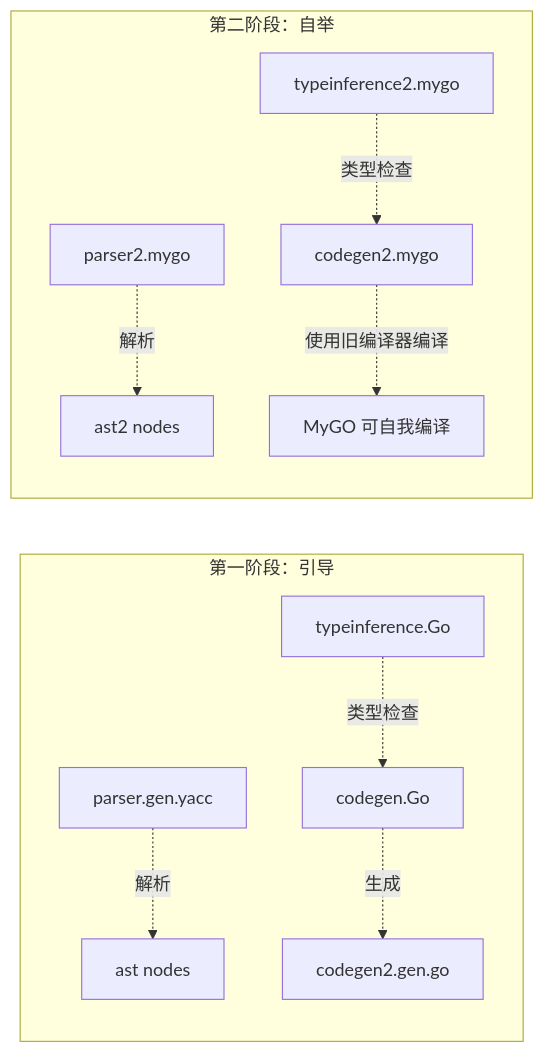
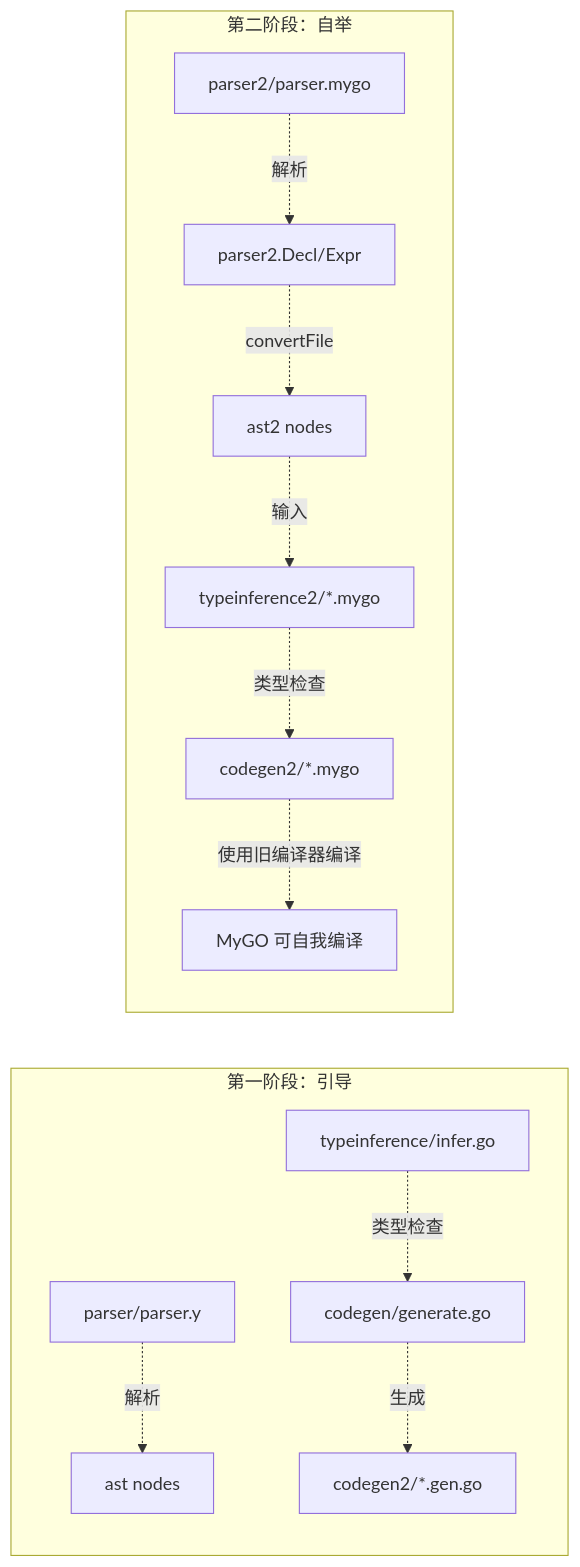
Before and after one commit to mygo-lang/mygo: the second of 2 diagrams in plans/self-host-analysis-detailed.md, drawn with Mermaid. The commit also changed other lines of this file and 13 other files, not shown here.

Commit message:
refactor(ast2, parser2): remove duplicated ASTs in parser2

````diff
--- a/plans/self-host-analysis-detailed.md
+++ b/plans/self-host-analysis-detailed.md
@@ -229,14 +241,16 @@
 ```mermaid
 graph LR
     subgraph "第一阶段：引导"
-        A[parser.gen.yacc] -.->|解析| B[ast nodes]
-        C[typeinference.Go] -.->|类型检查| D[codegen.Go]
-        D -.->|生成| E[codegen2.gen.go]
+        A[parser/parser.y] -.->|解析| B[ast nodes]
+        C[typeinference/infer.go] -.->|类型检查| D[codegen/generate.go]
+        D -.->|生成| E[codegen2/*.gen.go]
     end
     
     subgraph "第二阶段：自举"
-        F[parser2.mygo] -.->|解析| G[ast2 nodes]
-        H[typeinference2.mygo] -.->|类型检查| I[codegen2.mygo]
-        I -.->|使用旧编译器编译| J[MyGO 可自我编译]
+        F[parser2/parser.mygo] -.->|解析| G[parser2.Decl/Expr]
+        G -.->|convertFile| H[ast2 nodes]
+        I[typeinference2/*.mygo] -.->|类型检查| J[codegen2/*.mygo]
+        H -.->|输入| I
+        J -.->|使用旧编译器编译| K[MyGO 可自我编译]
     end
 ```
````
